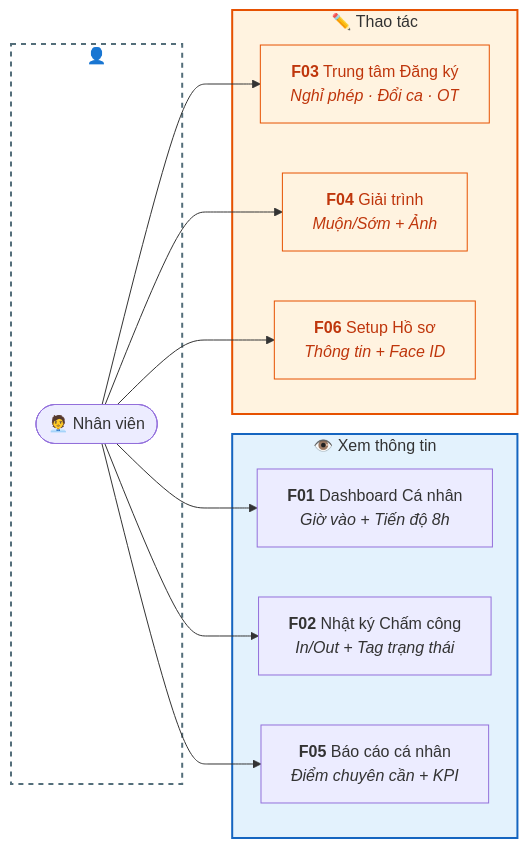
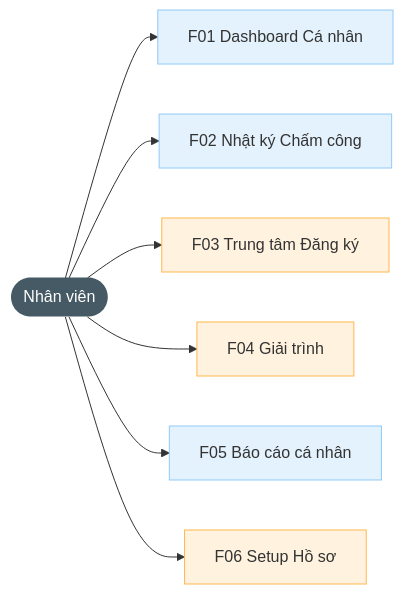
The second of 2 diagrams in outputs/mini-app-cham-cong/2.11-Mini-app/Tài-liệu-dự-án-Mini-App/BRD-Nhân-viên.md (olbboy/BA-Kit), drawn with Mermaid before and after one commit. The commit also changed other lines of this file and 5 other files, not shown here.

First line of the commit message:
style: simplify all Mermaid diagrams — clean professional look

````diff
--- a/outputs/mini-app-cham-cong/2.11-Mini-app/Tài-liệu-dự-án-Mini-App/BRD-Nhân-viên.md
+++ b/outputs/mini-app-cham-cong/2.11-Mini-app/Tài-liệu-dự-án-Mini-App/BRD-Nhân-viên.md
@@ -79,33 +58,19 @@
 ```mermaid
 graph LR
-    subgraph actor [" 👤 "]
-        NV(["🧑‍💼 Nhân viên"])
-    end
+    NV([Nhân viên])
 
-    subgraph view [" 👁️ Xem thông tin "]
-        F01["<b>F01</b> Dashboard Cá nhân<br/><i>Giờ vào + Tiến độ 8h</i>"]
-        F02["<b>F02</b> Nhật ký Chấm công<br/><i>In/Out + Tag trạng thái</i>"]
-        F05["<b>F05</b> Báo cáo cá nhân<br/><i>Điểm chuyên cần + KPI</i>"]
-    end
+    NV --> F01[F01 Dashboard Cá nhân]
+    NV --> F02[F02 Nhật ký Chấm công]
+    NV --> F03[F03 Trung tâm Đăng ký]
+    NV --> F04[F04 Giải trình]
+    NV --> F05[F05 Báo cáo cá nhân]
+    NV --> F06[F06 Setup Hồ sơ]
 
-    subgraph action [" ✏️ Thao tác "]
-        F03["<b>F03</b> Trung tâm Đăng ký<br/><i>Nghỉ phép · Đổi ca · OT</i>"]
-        F04["<b>F04</b> Giải trình<br/><i>Muộn/Sớm + Ảnh</i>"]
-        F06["<b>F06</b> Setup Hồ sơ<br/><i>Thông tin + Face ID</i>"]
-    end
-
-    NV --> F01 & F02 & F05
-    NV --> F03 & F04 & F06
-
-    style actor fill:none,stroke:#546E7A,stroke-width:2px,stroke-dasharray:5
-    style view fill:#E3F2FD,stroke:#1565C0,stroke-width:2px
-    style action fill:#FFF3E0,stroke:#E65100,stroke-width:2px
-
-    classDef actorNode fill:#37474F,color:#fff,stroke-width:2px
-    classDef viewNode fill:#BBDEFB,stroke:#1565C0,color:#0D47A1
-    classDef action fill:#FFF3E0,stroke:#E65100,color:#BF360C
+    classDef actor fill:#455A64,color:#fff,stroke-width:0
+    classDef view fill:#E3F2FD,stroke:#90CAF9
+    classDef action fill:#FFF3E0,stroke:#FFB74D
 
     class NV actor
     class F01,F02,F05 view
     class F03,F04,F06 action
 ```
````
